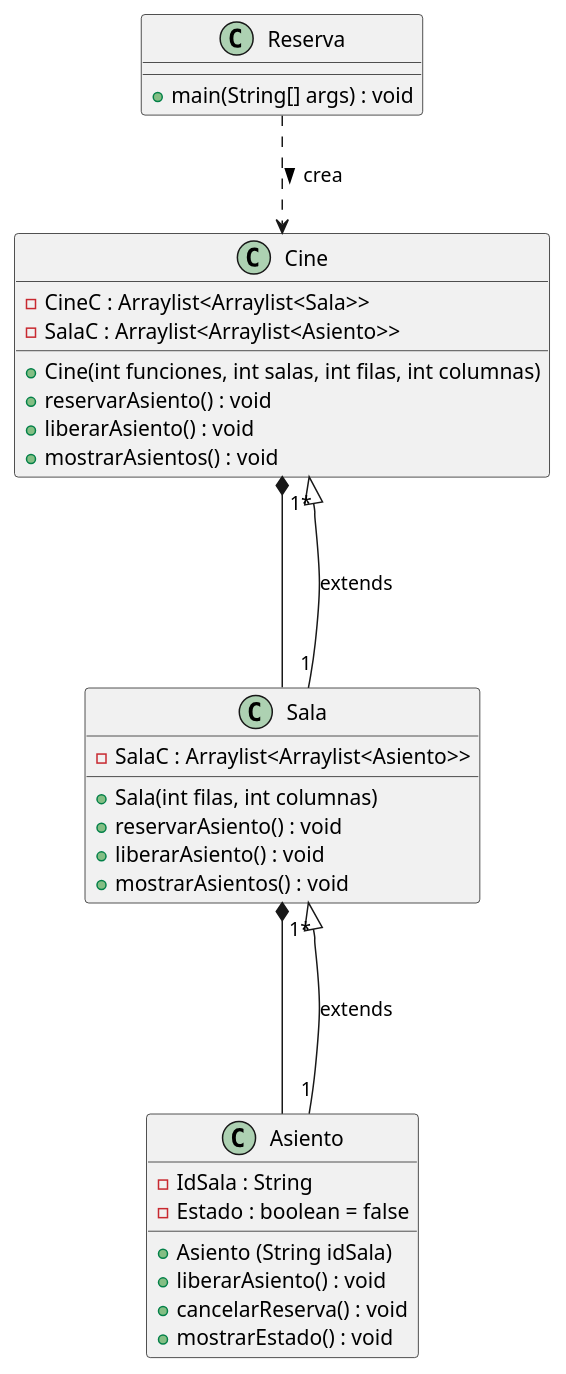
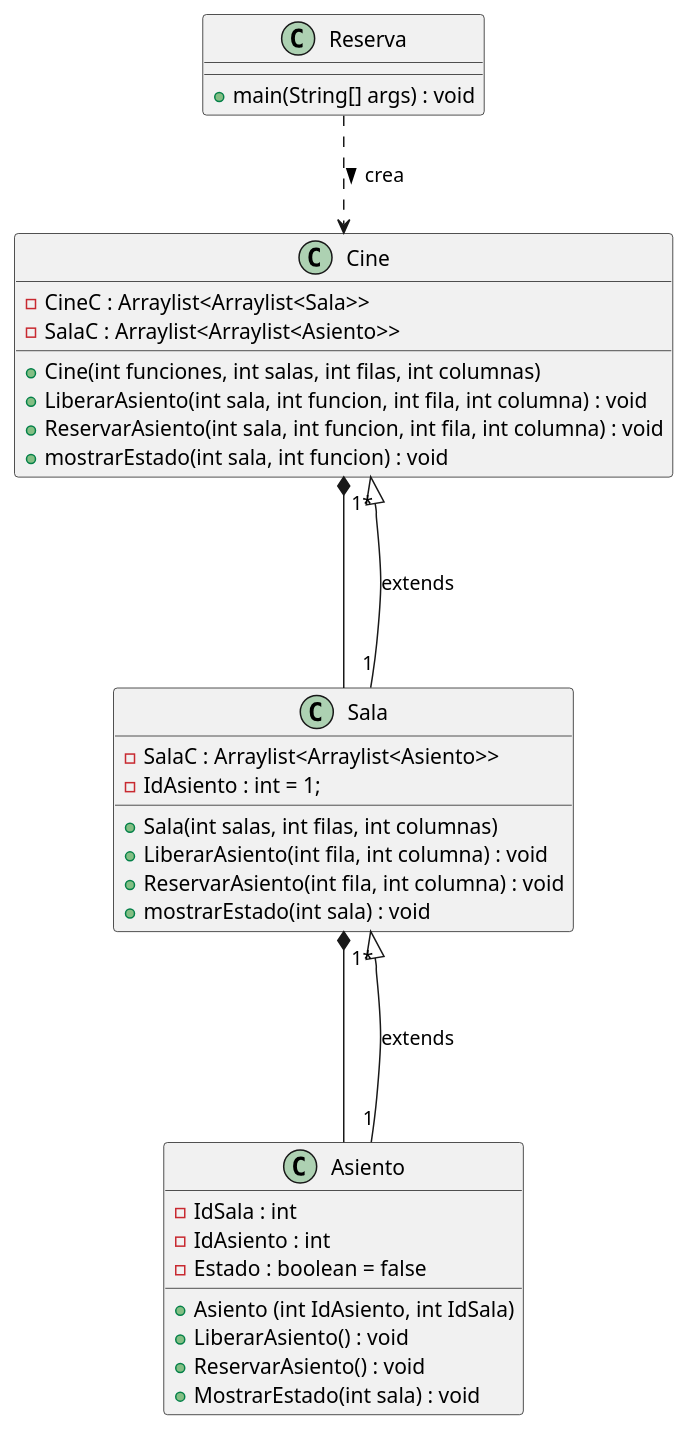
The diagram in bin/Diagrama_Cine.puml (Kuripipeer/PR_Sistema_de_reservas_cine), drawn with PlantUML before and after one commit. The commit also changed 1 other file, not shown here.

Commit message:
Algunos cambios en el diagrama de clases

```diff
--- a/bin/Diagrama_Cine.puml
+++ b/bin/Diagrama_Cine.puml
@@ -1,39 +1,41 @@
 @startuml Sistema de reservas para cine
 
 class Asiento {
-    - IdSala : String
+    - IdSala : int
+    - IdAsiento : int
     - Estado : boolean = false
-    + Asiento (String idSala)
-    + liberarAsiento() : void
-    + cancelarReserva() : void
-    + mostrarEstado() : void
+    + Asiento (int IdAsiento, int IdSala)
+    + LiberarAsiento() : void
+    + ReservarAsiento() : void
+    + MostrarEstado(int sala) : void
 }
 
 class Sala{
     - SalaC : Arraylist<Arraylist<Asiento>>
-    + Sala(int filas, int columnas)
-    + reservarAsiento() : void
-    + liberarAsiento() : void
-    + mostrarAsientos() : void
+    - IdAsiento : int = 1;
+    + Sala(int salas, int filas, int columnas)
+    + LiberarAsiento(int fila, int columna) : void
+    + ReservarAsiento(int fila, int columna) : void
+    + mostrarEstado(int sala) : void
 }
 
 class Cine{
     - CineC : Arraylist<Arraylist<Sala>>
     - SalaC : Arraylist<Arraylist<Asiento>>
     + Cine(int funciones, int salas, int filas, int columnas)
-    + reservarAsiento() : void
-    + liberarAsiento() : void
-    + mostrarAsientos() : void
+    + LiberarAsiento(int sala, int funcion, int fila, int columna) : void
+    + ReservarAsiento(int sala, int funcion, int fila, int columna) : void
+    + mostrarEstado(int sala, int funcion) : void
 }
 
 class Reserva {
     + main(String[] args) : void
 }
 
 Cine *--- Sala
 Sala *--- Asiento
 Sala "1*" <|-- "1" Asiento : extends
 Cine "1*" <|-- "1" Sala : extends
 Reserva ..> Cine : crea >
 
 @enduml
```
